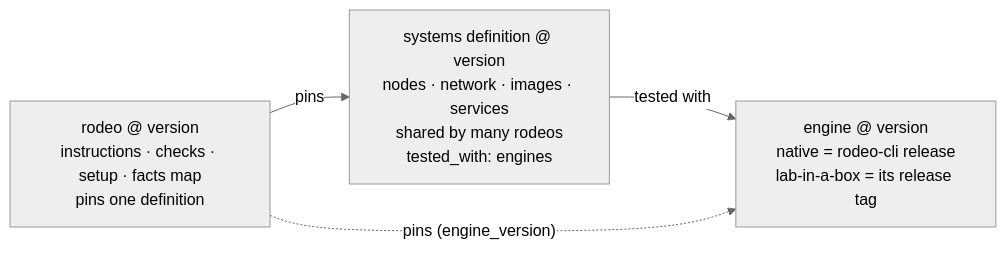
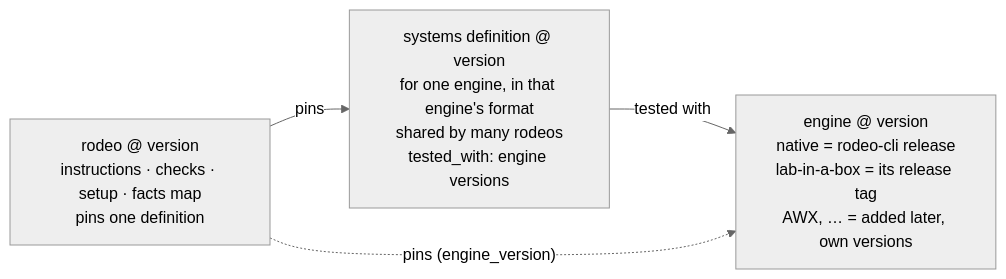
One commit to avaleror/rodeo-cli changed the first of 2 diagrams in docs/design/architecture-v2.md. Above: the diagram before and after it, drawn with Mermaid (neutral theme). The commit also changed other lines of this file and 2 other files, not shown here.

Commit message:
docs(design): engines are peers; a definition is written for one engine

````diff
--- a/docs/design/architecture-v2.md
+++ b/docs/design/architecture-v2.md
@@ -111,9 +136,9 @@
 ```mermaid
 flowchart LR
   R["rodeo @ version<br/>instructions · checks · setup · facts map<br/>pins one definition"]
-  D["systems definition @ version<br/>nodes · network · images · services<br/>shared by many rodeos<br/>tested_with: engines"]
-  E["engine @ version<br/>native = rodeo-cli release<br/>lab-in-a-box = its release tag"]
+  D["systems definition @ version<br/>for one engine, in that engine's format<br/>shared by many rodeos<br/>tested_with: engine versions"]
+  E["engine @ version<br/>native = rodeo-cli release<br/>lab-in-a-box = its release tag<br/>AWX, … = added later, own versions"]
   R -- "pins" --> D
   D -- "tested with" --> E
   R -. "pins (engine_version)" .-> E
 ```
````
